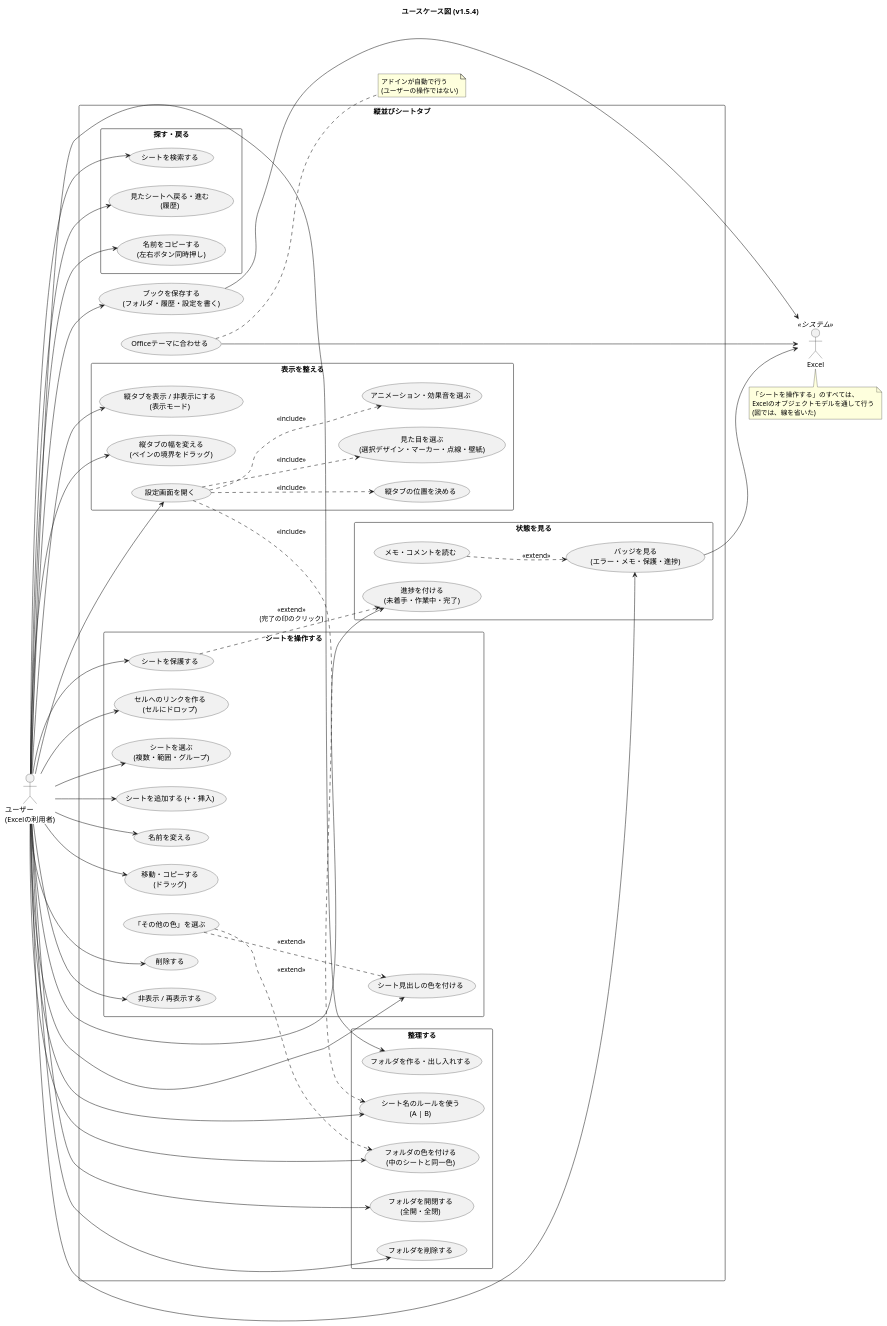
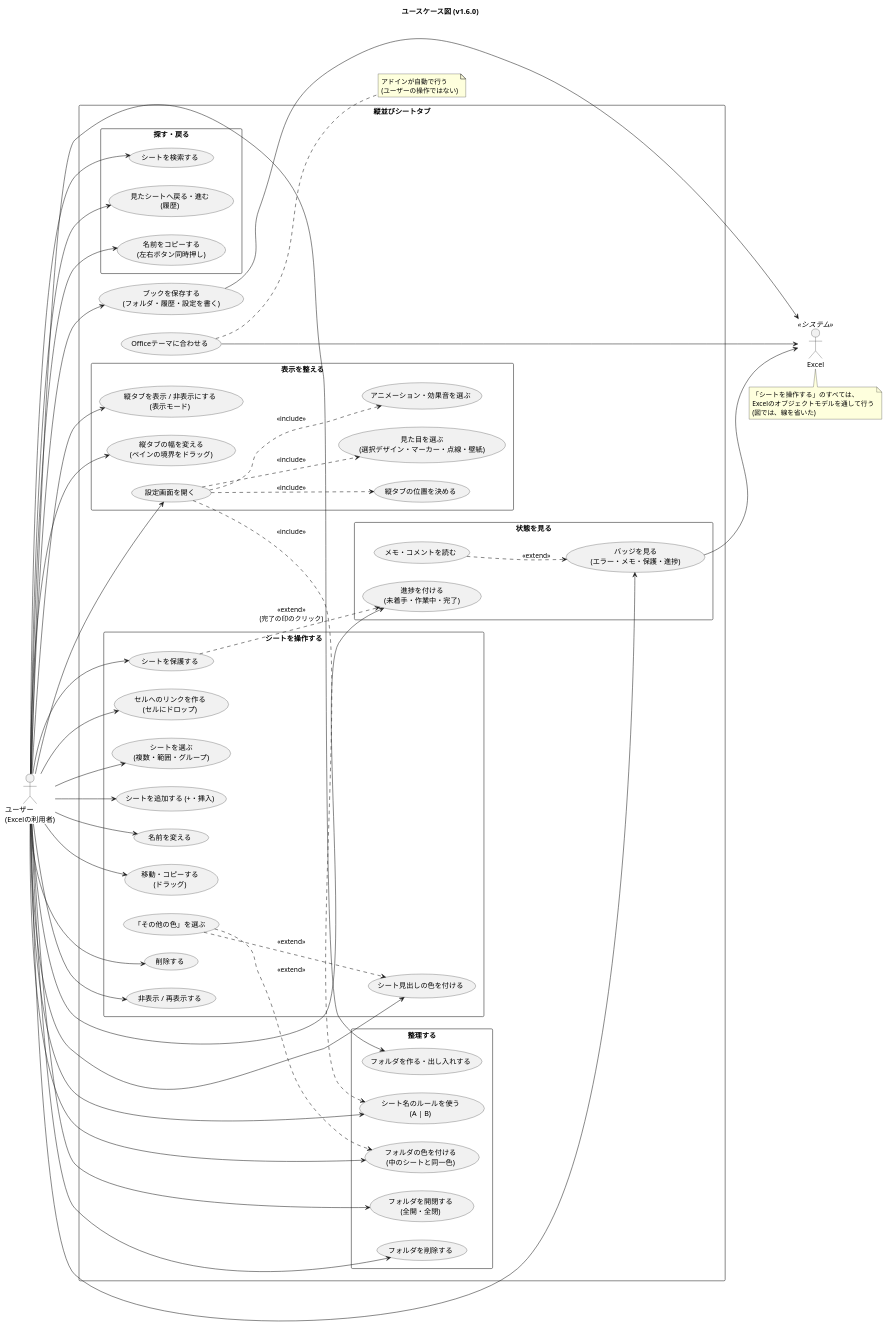
One commit to nk-taka623/VerticalSheetTabs changed the diagram in docs/usecase.puml. Above: the diagram before and after it, drawn with PlantUML. The commit also changed 15 other files, not shown here.

Commit message:
v1.6.0 にする: 版数、README の変更点、図、設定画面の画像を更新する

```diff
--- a/docs/usecase.puml
+++ b/docs/usecase.puml
@@ -1,105 +1,105 @@
 @startuml
-title ユースケース図 (v1.5.4)
+title ユースケース図 (v1.6.0)
 left to right direction
 skinparam shadowing false
 skinparam packageStyle rectangle
 
 actor "ユーザー\n(Excelの利用者)" as U
 actor "Excel" as XL <<システム>>
 
 rectangle "縦並びシートタブ" {
 
   package "シートを操作する" {
     usecase "シートを選ぶ\n(複数・範囲・グループ)" as UC_SEL
     usecase "シートを追加する (+・挿入)" as UC_ADD
     usecase "名前を変える" as UC_REN
     usecase "移動・コピーする\n(ドラッグ)" as UC_MOVE
     usecase "削除する" as UC_DEL
     usecase "非表示 / 再表示する" as UC_HIDE
     usecase "シート見出しの色を付ける" as UC_COLOR
     usecase "「その他の色」を選ぶ" as UC_MORE
     usecase "シートを保護する" as UC_PROT
     usecase "セルへのリンクを作る\n(セルにドロップ)" as UC_LINK
   }
 
   package "整理する" {
     usecase "フォルダを作る・出し入れする" as UC_FOLDER
     usecase "フォルダを開閉する\n(全開・全閉)" as UC_TOGGLE
     usecase "フォルダの色を付ける\n(中のシートと同一色)" as UC_FCOLOR
     usecase "フォルダを削除する" as UC_FDEL
     usecase "シート名のルールを使う\n(A | B)" as UC_RULE
   }
 
   package "探す・戻る" {
     usecase "シートを検索する" as UC_SEARCH
     usecase "見たシートへ戻る・進む\n(履歴)" as UC_HIST
     usecase "名前をコピーする\n(左右ボタン同時押し)" as UC_COPY
   }
 
   package "状態を見る" {
     usecase "バッジを見る\n(エラー・メモ・保護・進捗)" as UC_BADGE
     usecase "メモ・コメントを読む" as UC_MEMO
     usecase "進捗を付ける\n(未着手・作業中・完了)" as UC_PROG
   }
 
   package "表示を整える" {
     usecase "縦タブを表示 / 非表示にする\n(表示モード)" as UC_MODE
     usecase "縦タブの位置を決める" as UC_SIDE
     usecase "縦タブの幅を変える\n(ペインの境界をドラッグ)" as UC_WIDTH
     usecase "設定画面を開く" as UC_SET
     usecase "見た目を選ぶ\n(選択デザイン・マーカー・点線・壁紙)" as UC_LOOK
     usecase "アニメーション・効果音を選ぶ" as UC_ANIM
   }
 
   usecase "ブックを保存する\n(フォルダ・履歴・設定を書く)" as UC_SAVE
   usecase "Officeテーマに合わせる" as UC_THEME
 }
 
 U --> UC_SEL
 U --> UC_ADD
 U --> UC_REN
 U --> UC_MOVE
 U --> UC_DEL
 U --> UC_HIDE
 U --> UC_COLOR
 U --> UC_PROT
 U --> UC_LINK
 U --> UC_FOLDER
 U --> UC_TOGGLE
 U --> UC_FCOLOR
 U --> UC_FDEL
 U --> UC_RULE
 U --> UC_SEARCH
 U --> UC_HIST
 U --> UC_COPY
 U --> UC_BADGE
 U --> UC_PROG
 U --> UC_MODE
 U --> UC_WIDTH
 U --> UC_SET
 U --> UC_SAVE
 
 UC_MORE ..> UC_COLOR : <<extend>>
 UC_MORE ..> UC_FCOLOR : <<extend>>
 UC_MEMO ..> UC_BADGE : <<extend>>
 UC_PROT ..> UC_PROG : <<extend>>\n(完了の印のクリック)
 UC_SET ..> UC_SIDE : <<include>>
 UC_SET ..> UC_LOOK : <<include>>
 UC_SET ..> UC_ANIM : <<include>>
 UC_SET ..> UC_RULE : <<include>>
 
 UC_SAVE --> XL
 UC_THEME --> XL
 UC_BADGE --> XL
 
 note bottom of XL
   「シートを操作する」のすべては、
   Excelのオブジェクトモデルを通して行う
   (図では、線を省いた)
 end note
 
 note right of UC_THEME
   アドインが自動で行う
   (ユーザーの操作ではない)
 end note
 @enduml
```
